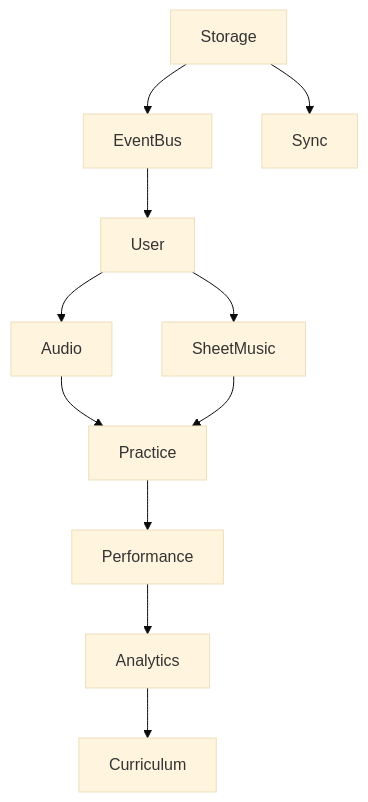
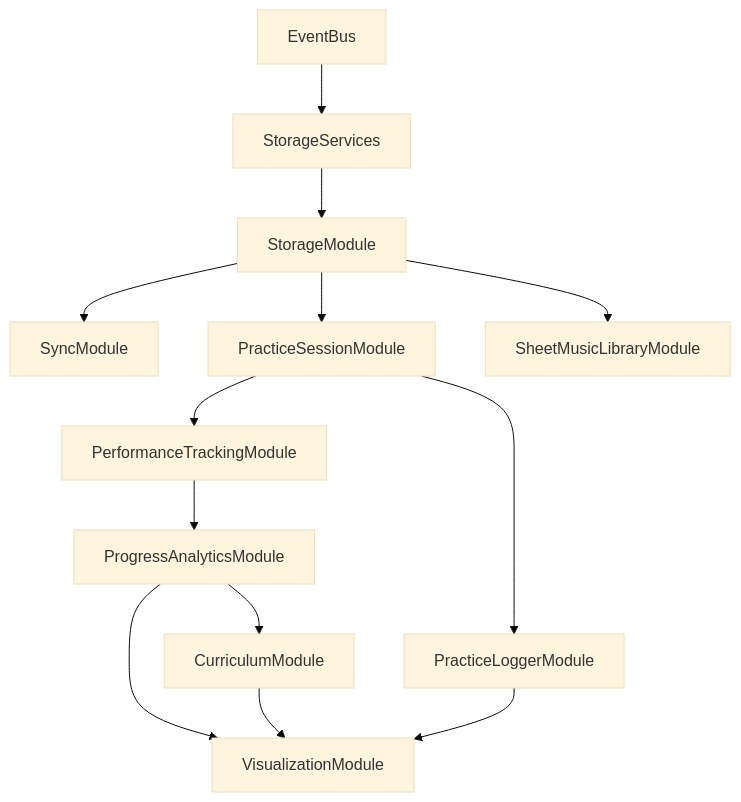
The diagram in docs/DESIGN.md (pezware/mirubato), drawn with Mermaid (base theme) before and after one commit. The commit also changed other lines of this file, not shown here.

First line of the commit message:
docs: update DESIGN.md to reflect actual implemented module architecture

````diff
--- a/docs/DESIGN.md
+++ b/docs/DESIGN.md
@@ -143,13 +221,15 @@
 ```mermaid
 graph TD
-    Storage --> EventBus
-    EventBus --> User
-    User --> Audio
-    User --> SheetMusic
-    Audio --> Practice
-    SheetMusic --> Practice
-    Practice --> Performance
-    Performance --> Analytics
-    Analytics --> Curriculum
-    Storage --> Sync
+    EventBus --> StorageServices
+    StorageServices --> StorageModule
+    StorageModule --> SyncModule
+    StorageModule --> PracticeSessionModule
+    StorageModule --> SheetMusicLibraryModule
+    PracticeSessionModule --> PerformanceTrackingModule
+    PerformanceTrackingModule --> ProgressAnalyticsModule
+    ProgressAnalyticsModule --> CurriculumModule
+    PracticeSessionModule --> PracticeLoggerModule
+    ProgressAnalyticsModule --> VisualizationModule
+    CurriculumModule --> VisualizationModule
+    PracticeLoggerModule --> VisualizationModule
 ```
````
